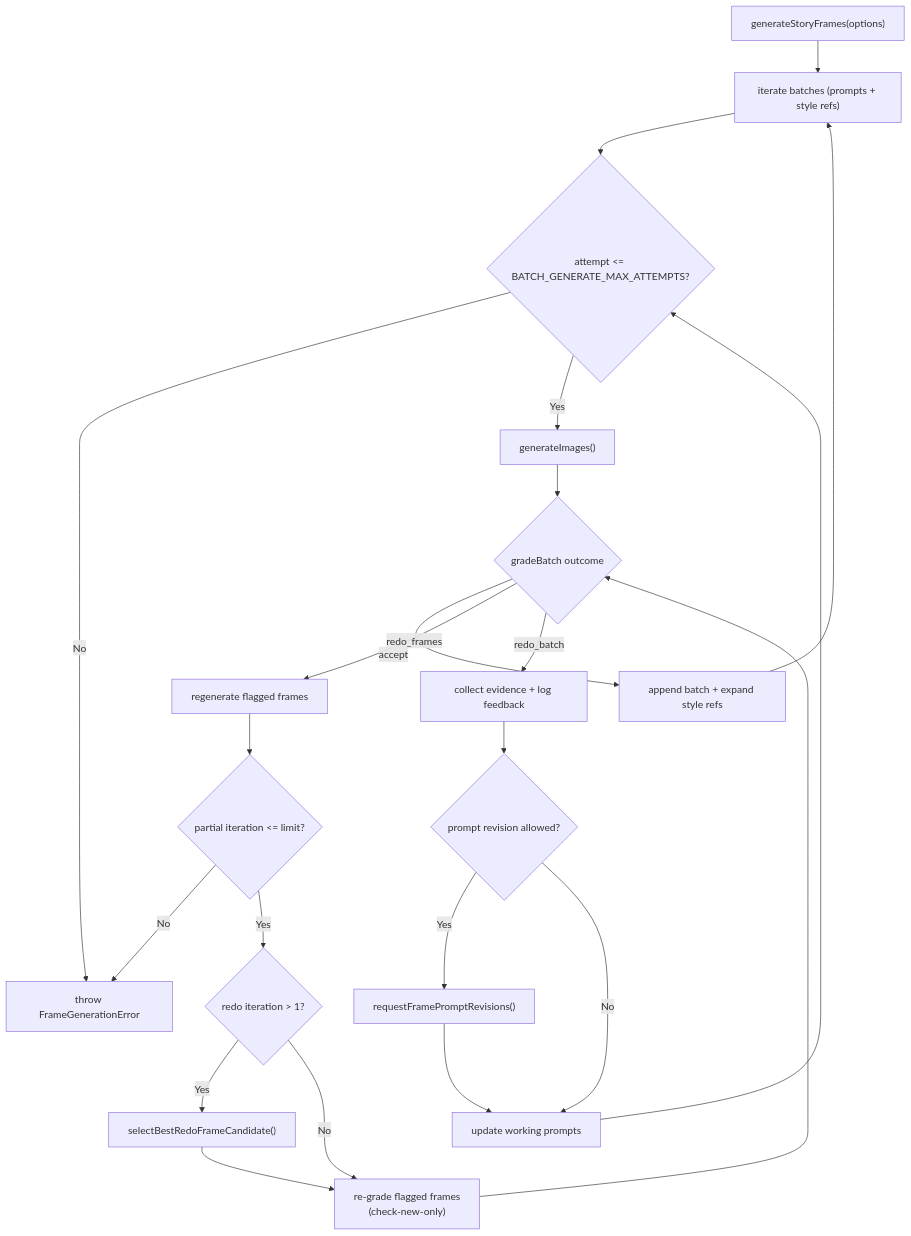
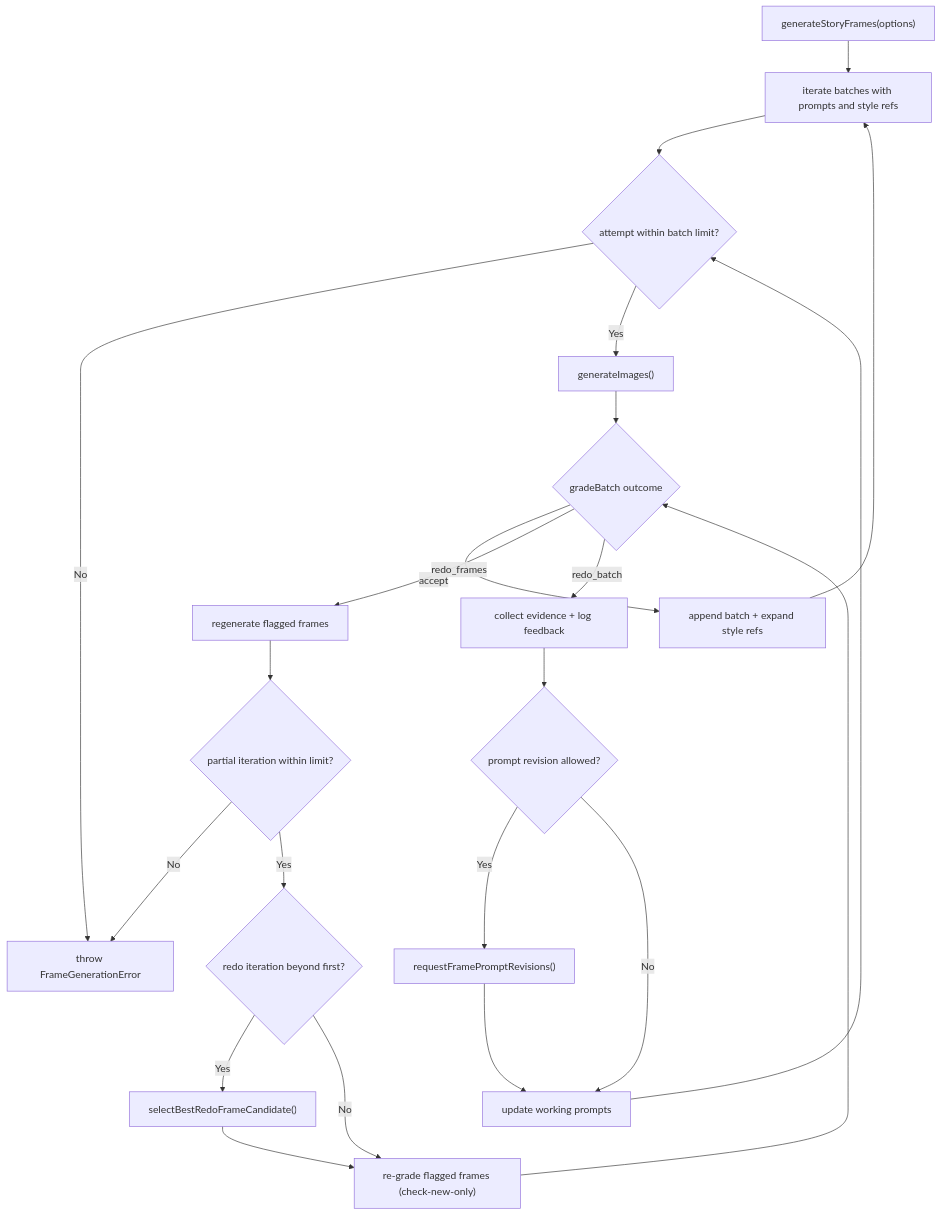
Before and after one commit to ljoukov/spark: the second of 2 diagrams in docs/STORY.md, drawn with Mermaid. The commit also changed other lines of this file, not shown here.

Commit message:
[docs] fix mermaid diagrams for github

````diff
--- a/docs/STORY.md
+++ b/docs/STORY.md
@@ -88,24 +88,24 @@
 ```mermaid
 flowchart TD
-  S["generateStoryFrames(options)"] --> B["iterate batches (prompts + style refs)"]
-  B --> A{"attempt <= BATCH_GENERATE_MAX_ATTEMPTS?"}
+  S["generateStoryFrames(options)"] --> B["iterate batches with prompts and style refs"]
+  B --> A{"attempt within batch limit?"}
   A -->|No| X["throw FrameGenerationError"]
   A -->|Yes| G["generateImages()"]
   G --> V{"gradeBatch outcome"}
   V -->|accept| U["append batch + expand style refs"]
   U --> B
   V -->|redo_frames| RF["regenerate flagged frames"]
-  RF --> PI{"partial iteration <= limit?"}
+  RF --> PI{"partial iteration within limit?"}
   PI -->|No| X
-  PI -->|Yes| CB{"redo iteration > 1?"}
+  PI -->|Yes| CB{"redo iteration beyond first?"}
   CB -->|Yes| CC["selectBestRedoFrameCandidate()"]
-  CC --> RFG["re-grade flagged frames\n(check-new-only)"]
+  CC --> RFG["re-grade flagged frames (check-new-only)"]
   CB -->|No| RFG
   RFG --> V
   V -->|redo_batch| RB["collect evidence + log feedback"]
   RB --> PR{"prompt revision allowed?"}
   PR -->|Yes| RR["requestFramePromptRevisions()"]
   RR --> UP["update working prompts"]
   PR -->|No| UP
   UP --> A
 ```
````
